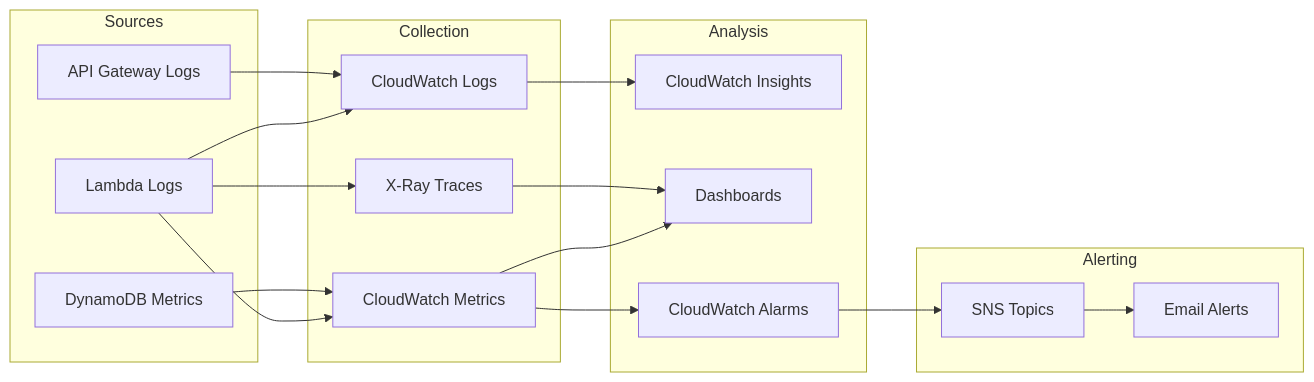
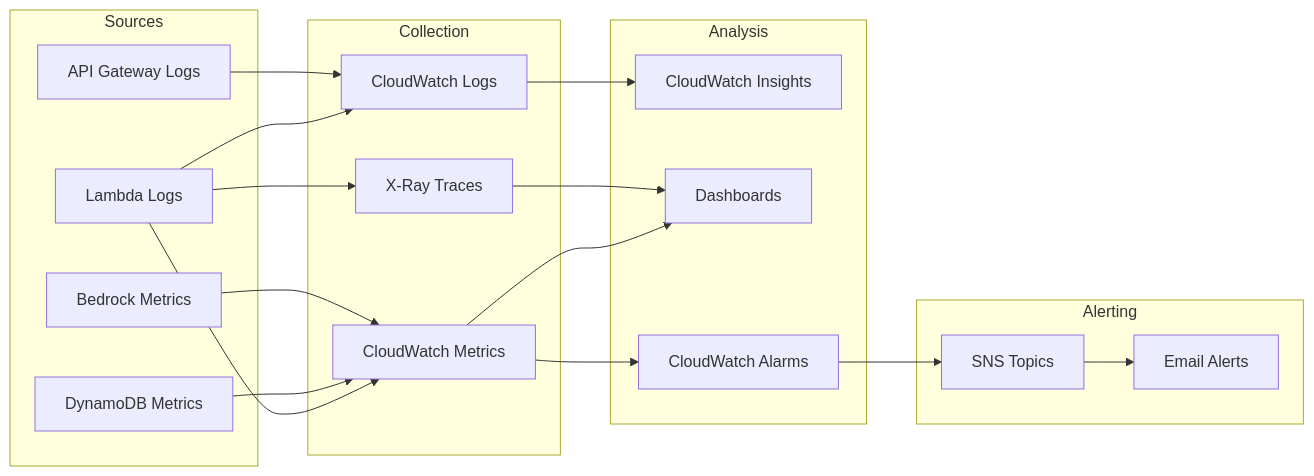
The eighth of 9 diagrams in docs/architecture/system-design.md (jujubear24/ai-customer-service-bot), drawn with Mermaid before and after one commit. The commit also changed other lines of this file, not shown here.

First line of the commit message:
docs(architecture): update system-design.md for Phase 2 completion

````diff
--- a/docs/architecture/system-design.md
+++ b/docs/architecture/system-design.md
@@ -359,39 +546,41 @@
 ```mermaid
 flowchart LR
     subgraph Sources
         LAMBDA[Lambda Logs]
         APIGW[API Gateway Logs]
         DDB[DynamoDB Metrics]
+        BEDROCK[Bedrock Metrics]
     end
 
     subgraph Collection
         CW_LOGS[CloudWatch Logs]
         CW_METRICS[CloudWatch Metrics]
         XRAY[X-Ray Traces]
     end
 
     subgraph Analysis
         INSIGHTS[CloudWatch Insights]
         DASH[Dashboards]
         ALARMS[CloudWatch Alarms]
     end
 
     subgraph Alerting
         SNS[SNS Topics]
         EMAIL[Email Alerts]
     end
 
     LAMBDA --> CW_LOGS
     LAMBDA --> CW_METRICS
     LAMBDA --> XRAY
     APIGW --> CW_LOGS
     DDB --> CW_METRICS
+    BEDROCK --> CW_METRICS
 
     CW_LOGS --> INSIGHTS
     CW_METRICS --> DASH
     CW_METRICS --> ALARMS
     XRAY --> DASH
 
     ALARMS --> SNS
     SNS --> EMAIL
 ```
````
